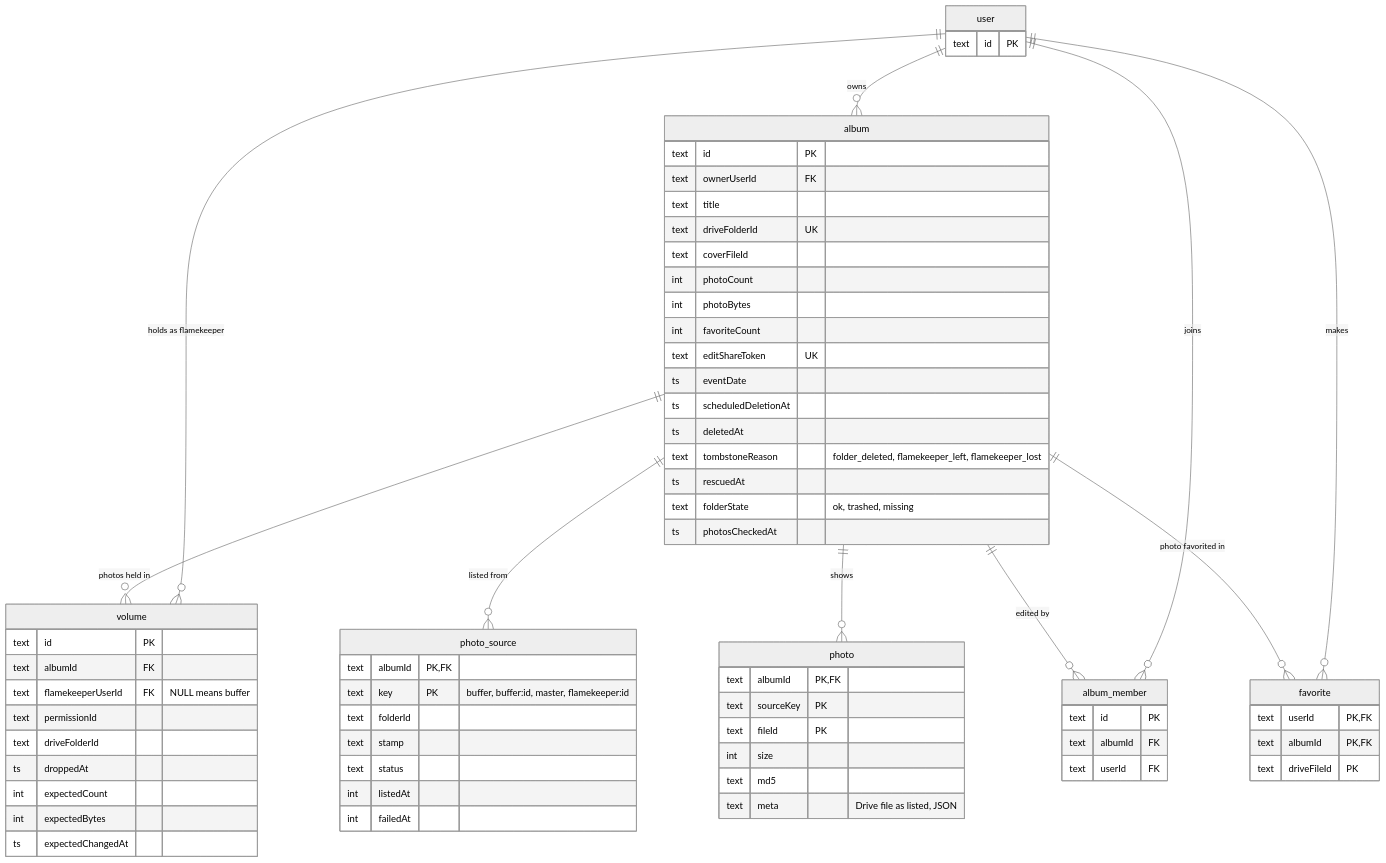
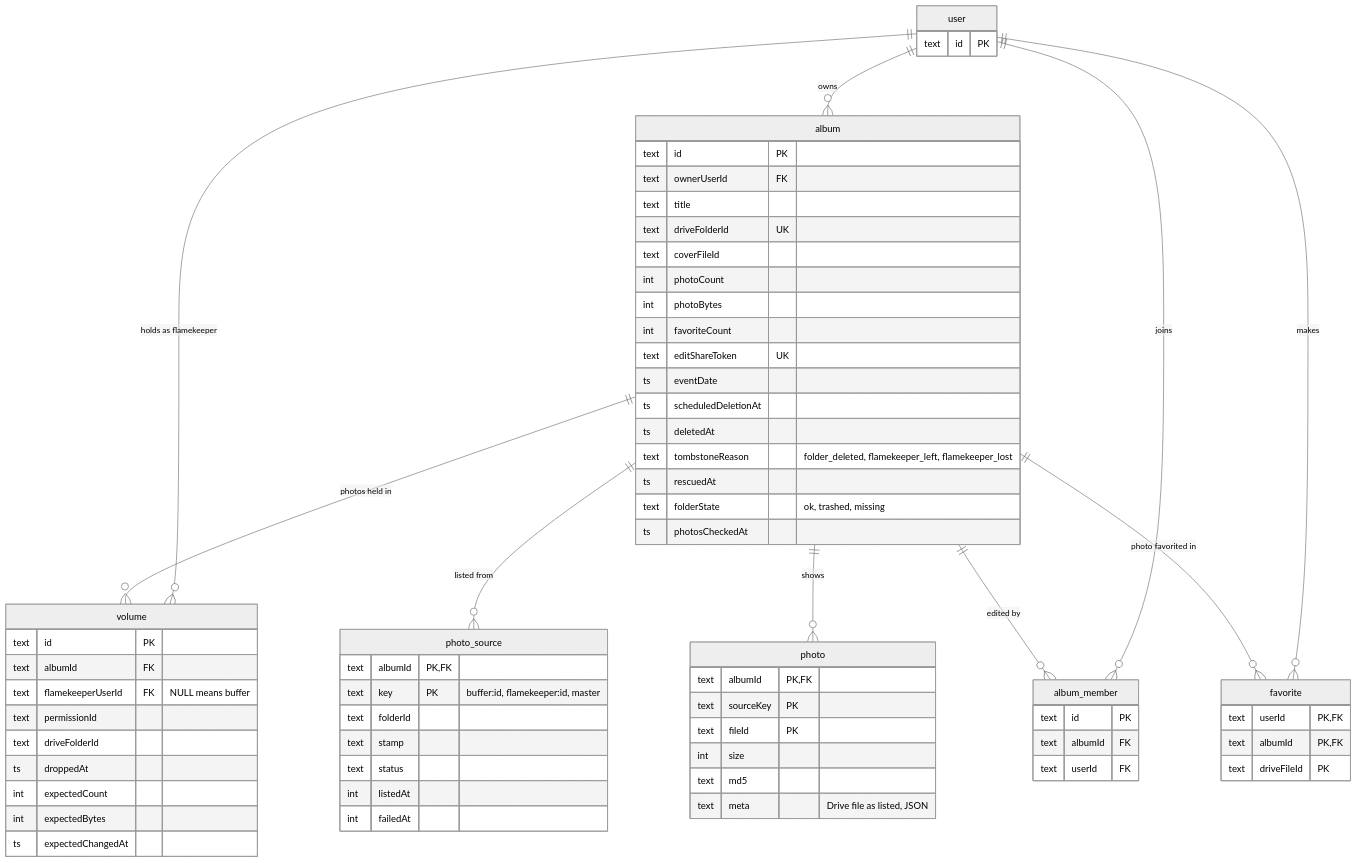
The diagram in docs/scenarios/erd/albums-and-storage.md (sagyzdop/meriksirat), drawn with Mermaid (neutral theme) before and after one commit. The commit also changed other lines of this file and 14 other files, not shown here.

First line of the commit message:
perf(albums): index the album list, drop the extra photo index, key buffer sources by volume id

````diff
--- a/docs/scenarios/erd/albums-and-storage.md
+++ b/docs/scenarios/erd/albums-and-storage.md
@@ -5,71 +5,71 @@
 ```mermaid
 erDiagram
     user ||--o{ album : owns
     album ||--o{ volume : "photos held in"
     album ||--o{ photo_source : "listed from"
     album ||--o{ photo : shows
     user ||--o{ volume : "holds as flamekeeper"
     album ||--o{ album_member : "edited by"
     user ||--o{ album_member : joins
     album ||--o{ favorite : "photo favorited in"
     user ||--o{ favorite : makes
     album {
         text id PK
         text ownerUserId FK
         text title
         text driveFolderId UK
         text coverFileId
         int photoCount
         int photoBytes
         int favoriteCount
         text editShareToken UK
         ts eventDate
         ts scheduledDeletionAt
         ts deletedAt
         text tombstoneReason "folder_deleted, flamekeeper_left, flamekeeper_lost"
         ts rescuedAt
         text folderState "ok, trashed, missing"
         ts photosCheckedAt
     }
     photo_source {
         text albumId PK, FK
-        text key PK "buffer, buffer:id, master, flamekeeper:id"
+        text key PK "buffer:id, flamekeeper:id, master"
         text folderId
         text stamp
         text status
         int listedAt
         int failedAt
     }
     photo {
         text albumId PK, FK
         text sourceKey PK
         text fileId PK
         int size
         text md5
         text meta "Drive file as listed, JSON"
     }
     volume {
         text id PK
         text albumId FK
         text flamekeeperUserId FK "NULL means buffer"
         text permissionId
         text driveFolderId
         ts droppedAt
         int expectedCount
         int expectedBytes
         ts expectedChangedAt
     }
     album_member {
         text id PK
         text albumId FK
         text userId FK
     }
     favorite {
         text userId PK, FK
         text albumId PK, FK
         text driveFileId PK
     }
     user {
         text id PK
     }
 ```
````
